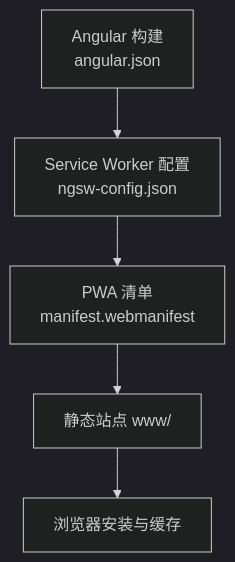
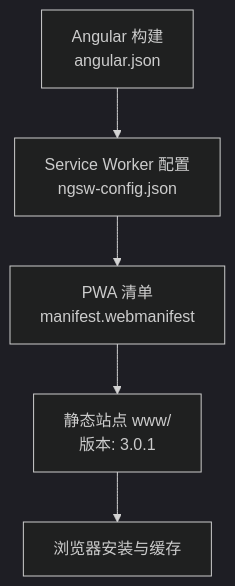
One commit to tea4go/Macro-Deck-Client-App changed the fifth of 9 diagrams in .qoder/repowiki/zh/content/构建与部署/平台部署/平台部署.md. Above: the diagram before and after it, drawn with Mermaid (dark theme). The commit also changed other lines of this file and 15 other files, not shown here.

````diff
--- a/.qoder/repowiki/zh/content/构建与部署/平台部署/平台部署.md
+++ b/.qoder/repowiki/zh/content/构建与部署/平台部署/平台部署.md
@@ -227,7 +255,7 @@
 ```mermaid
 flowchart TD
 A["Angular 构建<br/>angular.json"] --> B["Service Worker 配置<br/>ngsw-config.json"]
 B --> C["PWA 清单<br/>manifest.webmanifest"]
-C --> D["静态站点 www/"]
+C --> D["静态站点 www/<br/>版本: 3.0.1"]
 D --> E["浏览器安装与缓存"]
 ```
````
